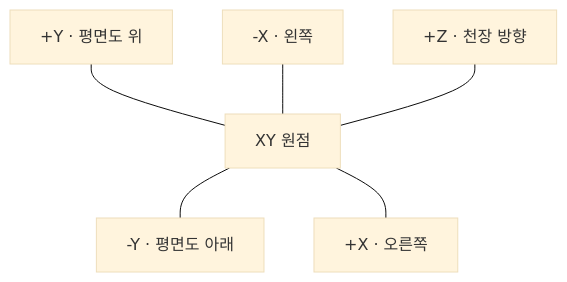
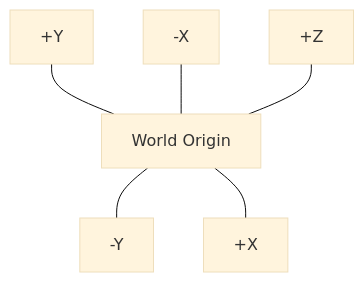
Before and after one commit to JIWOO1127/machine-vision1: the third of 20 diagrams in ArUco/README.md, drawn with Mermaid (base theme). The commit also changed other lines of this file, not shown here.

````diff
--- a/ArUco/README.md
+++ b/ArUco/README.md
@@ -122,13 +223,13 @@
 ```mermaid
 flowchart TB
-    PY["+Y · 평면도 위"]
-    O["XY 원점"]
-    NY["-Y · 평면도 아래"]
-    PX["+X · 오른쪽"]
-    NX["-X · 왼쪽"]
-    PZ["+Z · 천장 방향"]
+    PY["+Y"]
+    O["World Origin"]
+    NY["-Y"]
+    NX["-X"]
+    PX["+X"]
+    PZ["+Z"]
 
     PY --- O --- NY
     NX --- O --- PX
     PZ --- O
 ```
````
